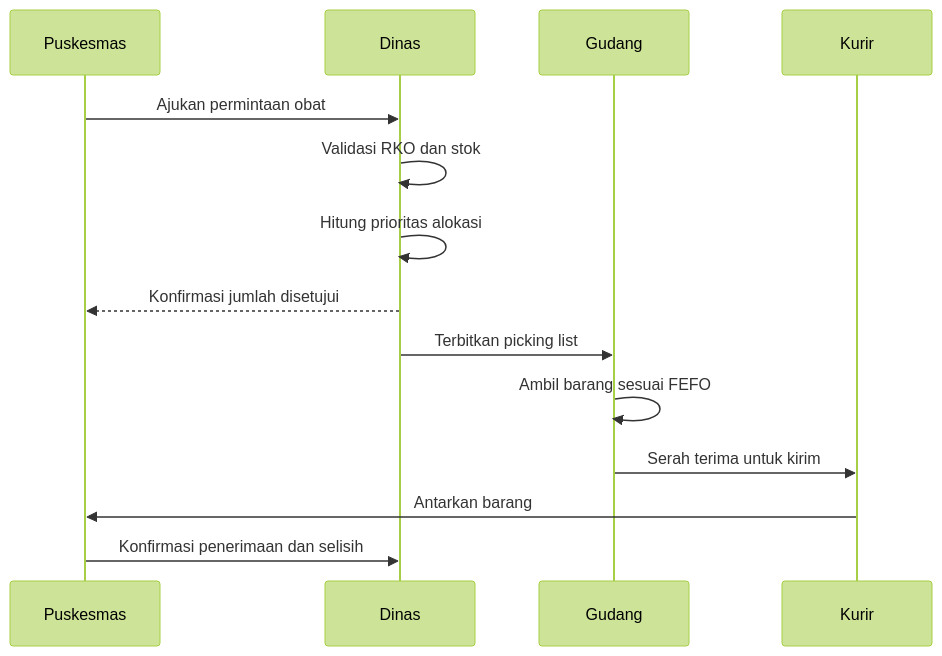
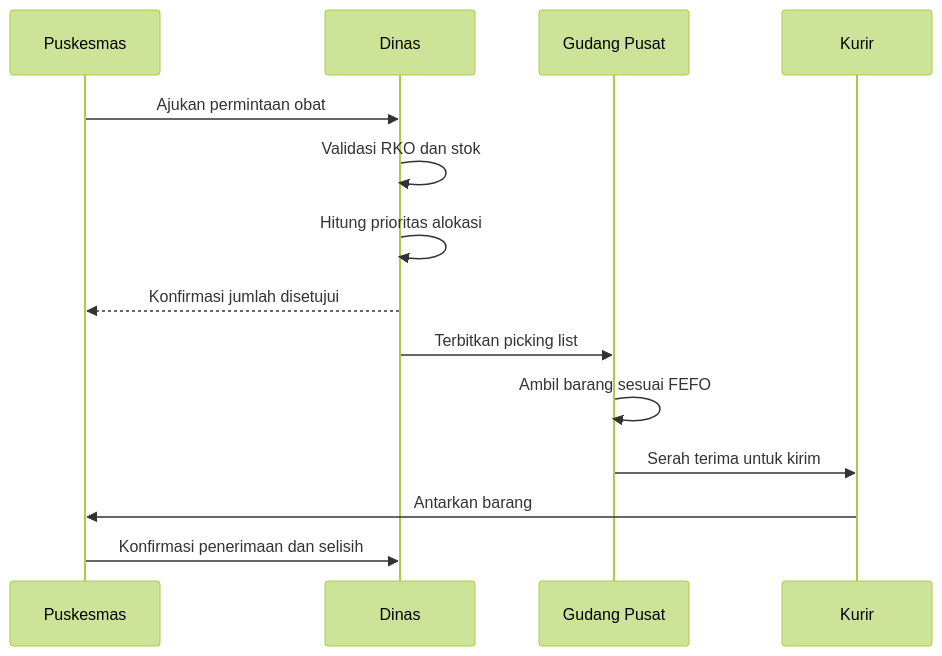
The fifth of 11 diagrams in docs/PRD.md (enginermagang-hue/dinkes), drawn with Mermaid (forest theme) before and after one commit. The commit also changed other lines of this file and 49 other files, not shown here.

````diff
--- a/docs/PRD.md
+++ b/docs/PRD.md
@@ -511,17 +534,17 @@
 ```mermaid
 sequenceDiagram
     participant P as Puskesmas
     participant D as Dinas
-    participant G as Gudang
+    participant G as Gudang Pusat
     participant K as Kurir
 
     P->>D: Ajukan permintaan obat
     D->>D: Validasi RKO dan stok
     D->>D: Hitung prioritas alokasi
     D-->>P: Konfirmasi jumlah disetujui
     D->>G: Terbitkan picking list
     G->>G: Ambil barang sesuai FEFO
     G->>K: Serah terima untuk kirim
     K->>P: Antarkan barang
     P->>D: Konfirmasi penerimaan dan selisih
 ```
````
